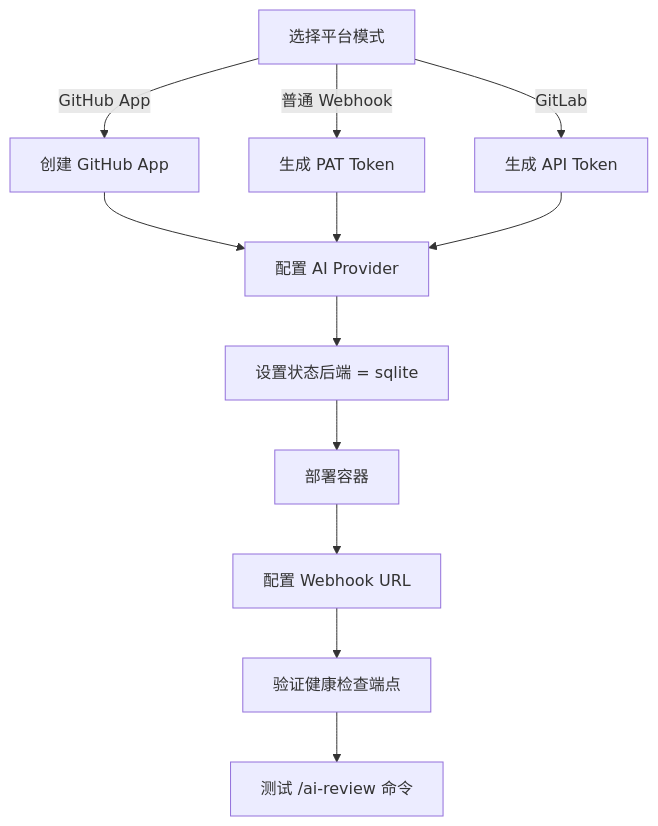
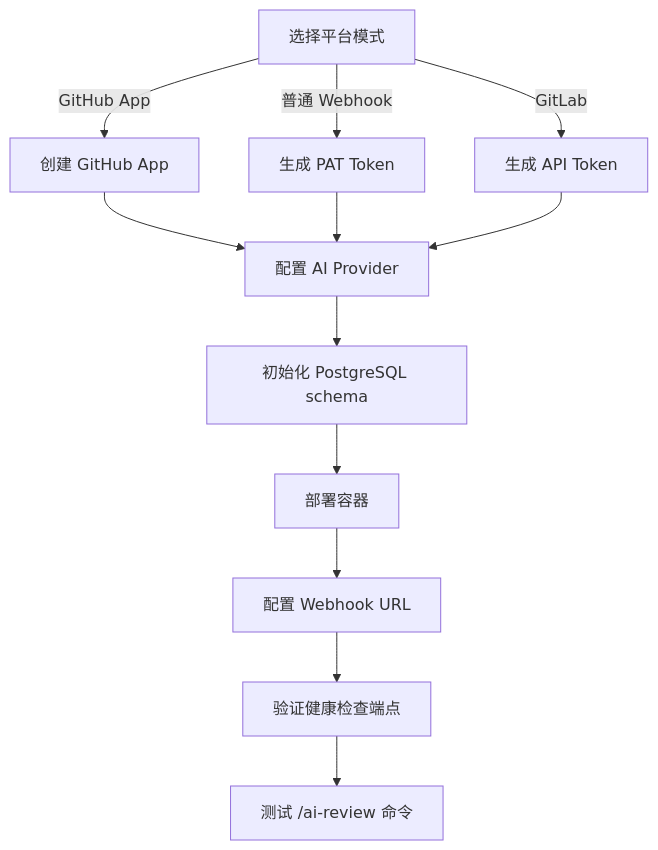
Before and after one commit to condevtools/pr-agent: the eighth of 8 diagrams in README-zh.md, drawn with Mermaid. The commit also changed other lines of this file and 210 other files, not shown here.

````diff
--- a/README-zh.md
+++ b/README-zh.md
@@ -668,16 +646,16 @@
 ```mermaid
 graph TD
     A[选择平台模式] -->|GitHub App| B1[创建 GitHub App]
     A -->|普通 Webhook| B2[生成 PAT Token]
     A -->|GitLab| B3[生成 API Token]
 
     B1 --> C[配置 AI Provider]
     B2 --> C
     B3 --> C
 
-    C --> D[设置状态后端 = sqlite]
+    C --> D[初始化 PostgreSQL schema]
     D --> E[部署容器]
     E --> F[配置 Webhook URL]
     F --> G[验证健康检查端点]
     G --> H[测试 /ai-review 命令]
 ```
````
